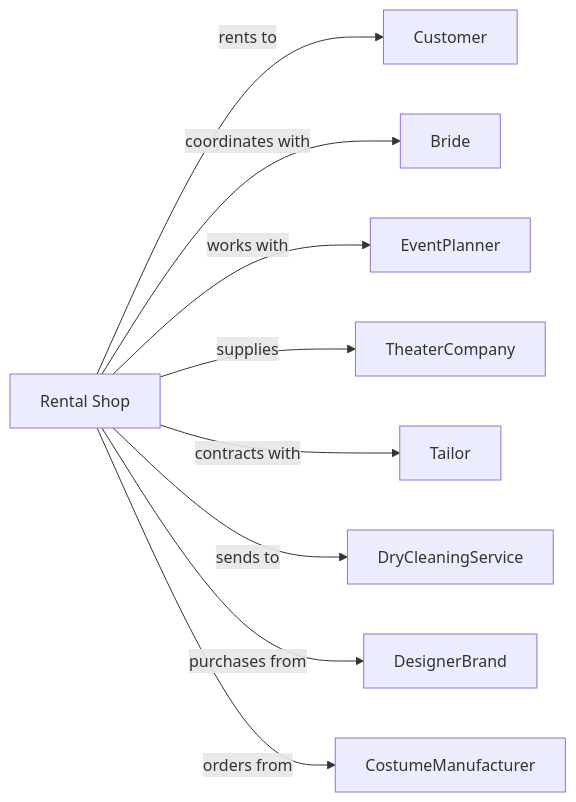
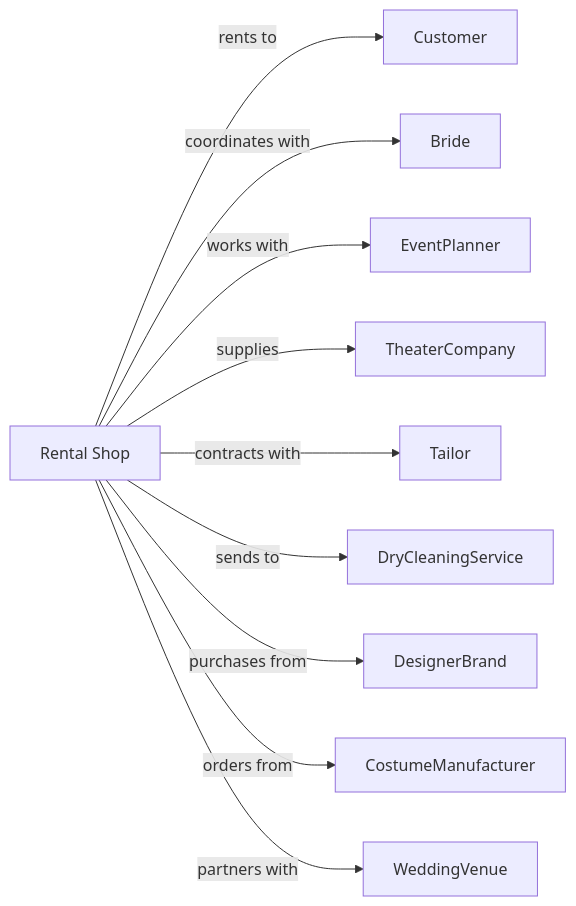
Before and after one commit to dot-org-ai/industries.org.ai: the second of 2 diagrams in RealEstate/RentalAndLeasingServices/ConsumerGoodsRental/FormalWearAndCostumeRental.mdx, drawn with Mermaid. The commit also changed other lines of this file and 588 other files, not shown here.

````diff
--- a/RealEstate/RentalAndLeasingServices/ConsumerGoodsRental/FormalWearAndCostumeRental.mdx
+++ b/RealEstate/RentalAndLeasingServices/ConsumerGoodsRental/FormalWearAndCostumeRental.mdx
@@ -132,13 +132,14 @@
 ```mermaid
 graph LR
     R[Rental Shop]
 
     R -->|rents to| Customer
     R -->|coordinates with| Bride
     R -->|works with| EventPlanner
     R -->|supplies| TheaterCompany
     R -->|contracts with| Tailor
     R -->|sends to| DryCleaningService
     R -->|purchases from| DesignerBrand
     R -->|orders from| CostumeManufacturer
+    R -->|partners with| WeddingVenue
 ```
````
